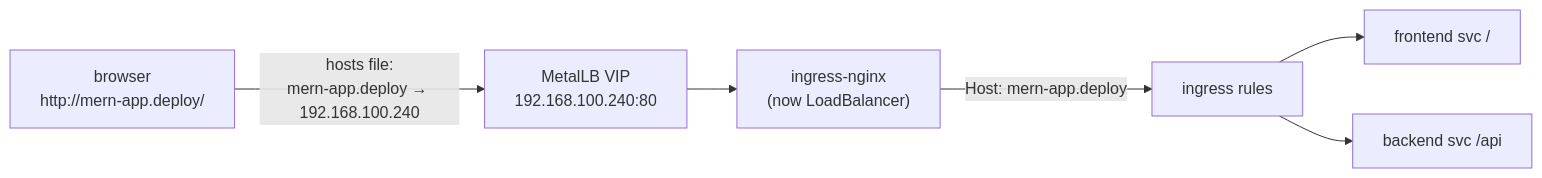
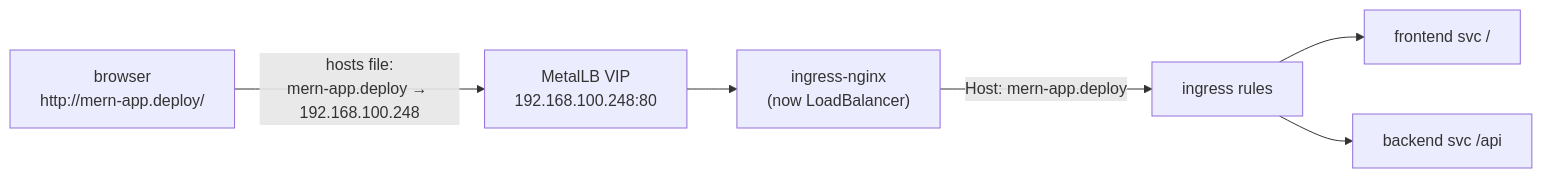
The second of 3 diagrams in README.md (thientr18/MERN-simple-app), drawn with Mermaid before and after one commit. The commit also changed other lines of this file and 8 other files, not shown here.

````diff
--- a/README.md
+++ b/README.md
@@ -371,8 +386,8 @@
 ```mermaid
 flowchart LR
-    B["browser<br/>http://mern-app.deploy/"] -->|"hosts file:<br/>mern-app.deploy → 192.168.100.240"| V["MetalLB VIP<br/>192.168.100.240:80"]
+    B["browser<br/>http://mern-app.deploy/"] -->|"hosts file:<br/>mern-app.deploy → 192.168.100.248"| V["MetalLB VIP<br/>192.168.100.248:80"]
     V --> C["ingress-nginx<br/>(now LoadBalancer)"]
     C -->|"Host: mern-app.deploy"| R["ingress rules"]
     R --> FE["frontend svc  /"]
     R --> BE["backend svc  /api"]
 ```
````
